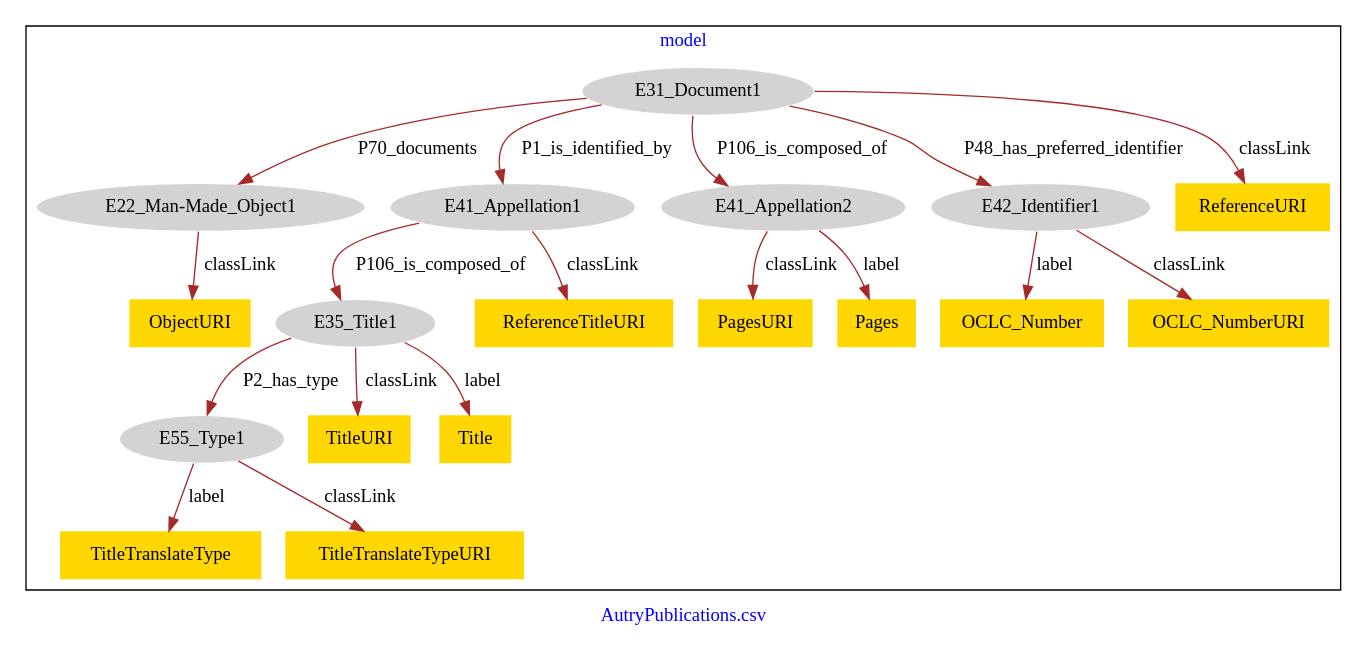
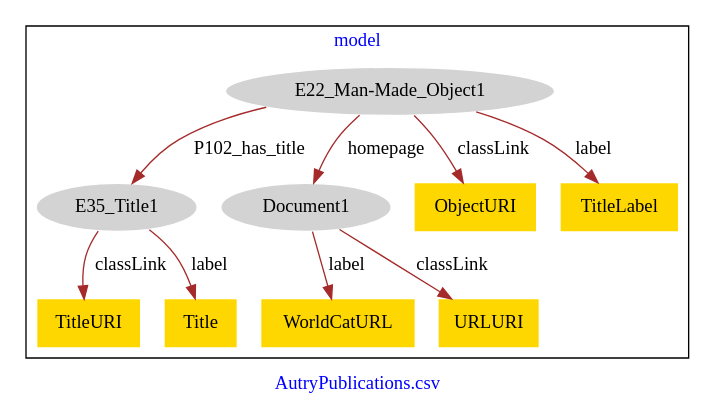
The diagram in AutryPublications/AutryPublications-model.dot (american-art/autry), drawn with Graphviz before and after one commit.

Commit message:
Update file AutryPublications-model.dot

```diff
--- a/AutryPublications/AutryPublications-model.dot
+++ b/AutryPublications/AutryPublications-model.dot
@@ -1,43 +1,25 @@
 digraph n0 {
 fontcolor="blue"
 remincross="true"
 label="AutryPublications.csv"
 subgraph cluster {
 label="model"
-n2[style="filled",color="white",fillcolor="lightgray",label="E31_Document1"];
-n3[style="filled",color="white",fillcolor="lightgray",label="E22_Man-Made_Object1"];
-n4[style="filled",color="white",fillcolor="lightgray",label="E41_Appellation1"];
-n5[style="filled",color="white",fillcolor="lightgray",label="E41_Appellation2"];
-n6[style="filled",color="white",fillcolor="lightgray",label="E42_Identifier1"];
-n7[style="filled",color="white",fillcolor="lightgray",label="E35_Title1"];
-n8[style="filled",color="white",fillcolor="lightgray",label="E55_Type1"];
-n9[shape="plaintext",style="filled",fillcolor="gold",label="OCLC_Number"];
-n10[shape="plaintext",style="filled",fillcolor="gold",label="TitleURI"];
-n11[shape="plaintext",style="filled",fillcolor="gold",label="PagesURI"];
-n12[shape="plaintext",style="filled",fillcolor="gold",label="Title"];
-n13[shape="plaintext",style="filled",fillcolor="gold",label="Pages"];
-n14[shape="plaintext",style="filled",fillcolor="gold",label="ReferenceTitleURI"];
-n15[shape="plaintext",style="filled",fillcolor="gold",label="TitleTranslateType"];
-n16[shape="plaintext",style="filled",fillcolor="gold",label="ReferenceURI"];
-n17[shape="plaintext",style="filled",fillcolor="gold",label="TitleTranslateTypeURI"];
-n18[shape="plaintext",style="filled",fillcolor="gold",label="OCLC_NumberURI"];
-n19[shape="plaintext",style="filled",fillcolor="gold",label="ObjectURI"];
+n2[style="filled",color="white",fillcolor="lightgray",label="E22_Man-Made_Object1"];
+n3[style="filled",color="white",fillcolor="lightgray",label="E35_Title1"];
+n4[style="filled",color="white",fillcolor="lightgray",label="Document1"];
+n5[shape="plaintext",style="filled",fillcolor="gold",label="ObjectURI"];
+n6[shape="plaintext",style="filled",fillcolor="gold",label="TitleURI"];
+n7[shape="plaintext",style="filled",fillcolor="gold",label="TitleLabel"];
+n8[shape="plaintext",style="filled",fillcolor="gold",label="WorldCatURL"];
+n9[shape="plaintext",style="filled",fillcolor="gold",label="Title"];
+n10[shape="plaintext",style="filled",fillcolor="gold",label="URLURI"];
 }
-n2 -> n3[color="brown",fontcolor="black",label="P70_documents"]
-n2 -> n4[color="brown",fontcolor="black",label="P1_is_identified_by"]
-n2 -> n5[color="brown",fontcolor="black",label="P106_is_composed_of"]
-n2 -> n6[color="brown",fontcolor="black",label="P48_has_preferred_identifier"]
-n7 -> n8[color="brown",fontcolor="black",label="P2_has_type"]
-n4 -> n7[color="brown",fontcolor="black",label="P106_is_composed_of"]
-n6 -> n9[color="brown",fontcolor="black",label="label"]
-n7 -> n10[color="brown",fontcolor="black",label="classLink"]
-n5 -> n11[color="brown",fontcolor="black",label="classLink"]
-n7 -> n12[color="brown",fontcolor="black",label="label"]
-n5 -> n13[color="brown",fontcolor="black",label="label"]
-n4 -> n14[color="brown",fontcolor="black",label="classLink"]
-n8 -> n15[color="brown",fontcolor="black",label="label"]
-n2 -> n16[color="brown",fontcolor="black",label="classLink"]
-n8 -> n17[color="brown",fontcolor="black",label="classLink"]
-n6 -> n18[color="brown",fontcolor="black",label="classLink"]
-n3 -> n19[color="brown",fontcolor="black",label="classLink"]
+n2 -> n3[color="brown",fontcolor="black",label="P102_has_title"]
+n2 -> n4[color="brown",fontcolor="black",label="homepage"]
+n2 -> n5[color="brown",fontcolor="black",label="classLink"]
+n3 -> n6[color="brown",fontcolor="black",label="classLink"]
+n2 -> n7[color="brown",fontcolor="black",label="label"]
+n4 -> n8[color="brown",fontcolor="black",label="label"]
+n3 -> n9[color="brown",fontcolor="black",label="label"]
+n4 -> n10[color="brown",fontcolor="black",label="classLink"]
 }
```
